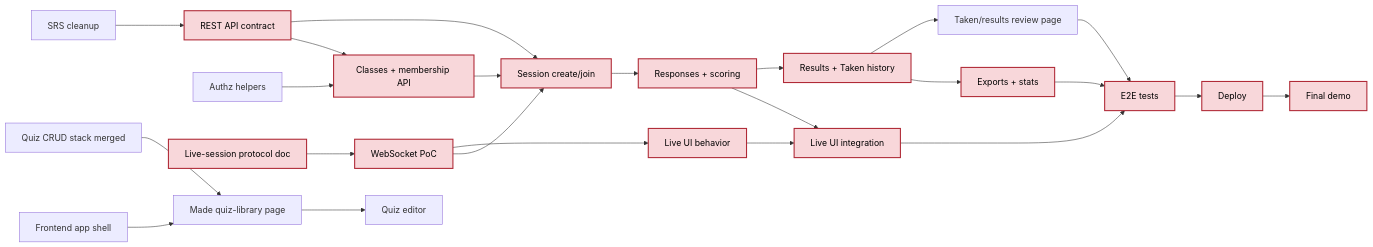
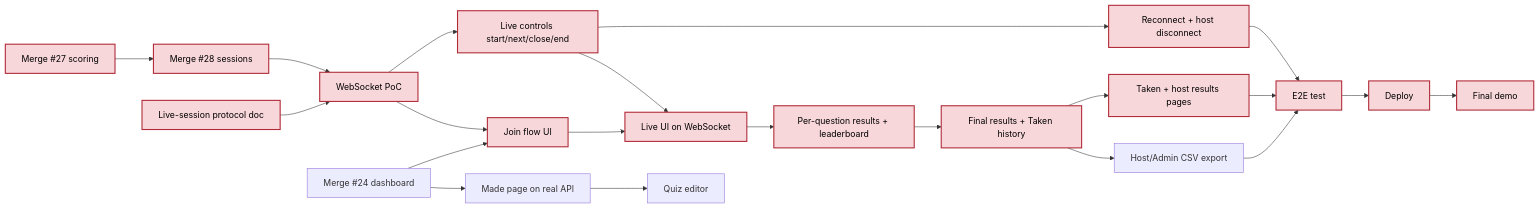
One commit to sudo-nickPinto/CS440-Quiz-Platform changed the second of 2 diagrams in docs/ROADMAP.md. Above: the diagram before and after it, drawn with Mermaid. The commit also changed other lines of this file, not shown here.

First line of the commit message:
Trim roadmap to the agreed MVP scope

````diff
--- a/docs/ROADMAP.md
+++ b/docs/ROADMAP.md
@@ -93,27 +88,24 @@
 ```mermaid
 flowchart LR
-    SRS["SRS cleanup"] --> API["REST API contract"]
-    API --> CLS["Classes + membership API"]
-    API --> SES["Session create/join"]
-    AUTHZ["Authz helpers"] --> CLS
-    CLS --> SES
-    PROTO["Live-session protocol doc"] --> WS["WebSocket PoC"]
-    WS --> SES
-    SES --> SCORE["Responses + scoring"]
-    WS --> LIVE["Live UI behavior"]
-    LIVE --> LIVEINT["Live UI integration"]
-    SCORE --> LIVEINT
-    SCORE --> RES["Results + Taken history"]
-    RES --> EXP["Exports + stats"]
-    RES --> REVIEW["Taken/results review page"]
-    SHELL["Frontend app shell"] --> MADE["Made quiz-library page"]
-    QUIZ["Quiz CRUD stack merged"] --> MADE
-    MADE --> EDITOR["Quiz editor"]
-    LIVEINT --> E2E["E2E tests"]
+    SCORE["Merge #27 scoring"] --> SES["Merge #28 sessions"]
+    SES --> WS["WebSocket PoC"]
+    PROTO["Live-session protocol doc"] --> WS
+    WS --> LIVE["Live controls start/next/close/end"]
+    LIVE --> RECON["Reconnect + host disconnect"]
+    DASH["Merge #24 dashboard"] --> JOIN["Join flow UI"]
+    WS --> JOIN
+    LIVE --> LIVEUI["Live UI on WebSocket"]
+    JOIN --> LIVEUI
+    LIVEUI --> BOARD["Per-question results + leaderboard"]
+    BOARD --> RES["Final results + Taken history"]
+    RES --> PAGES["Taken + host results pages"]
+    RES --> EXP["Host/Admin CSV export"]
+    DASH --> MADE["Made page on real API"] --> EDIT["Quiz editor"]
+    RECON --> E2E["E2E test"]
+    PAGES --> E2E
     EXP --> E2E
-    REVIEW --> E2E
     E2E --> DEPLOY["Deploy"] --> DEMO["Final demo"]
 
     classDef crit fill:#f8d7da,stroke:#b02a37,stroke-width:2px,color:#000
-    class API,CLS,SES,PROTO,WS,SCORE,LIVE,LIVEINT,RES,EXP,E2E,DEPLOY,DEMO crit
+    class SCORE,SES,PROTO,WS,LIVE,RECON,JOIN,LIVEUI,BOARD,RES,PAGES,E2E,DEPLOY,DEMO crit
 ```
````
